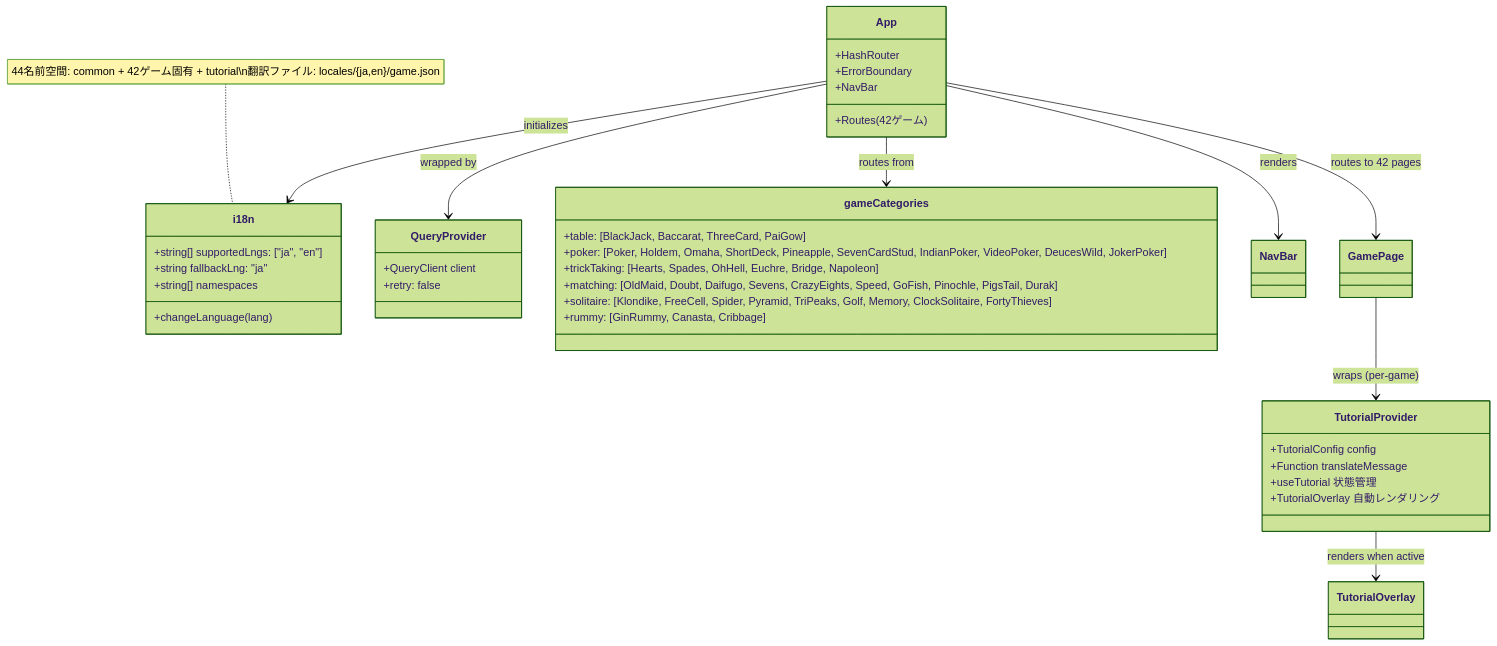
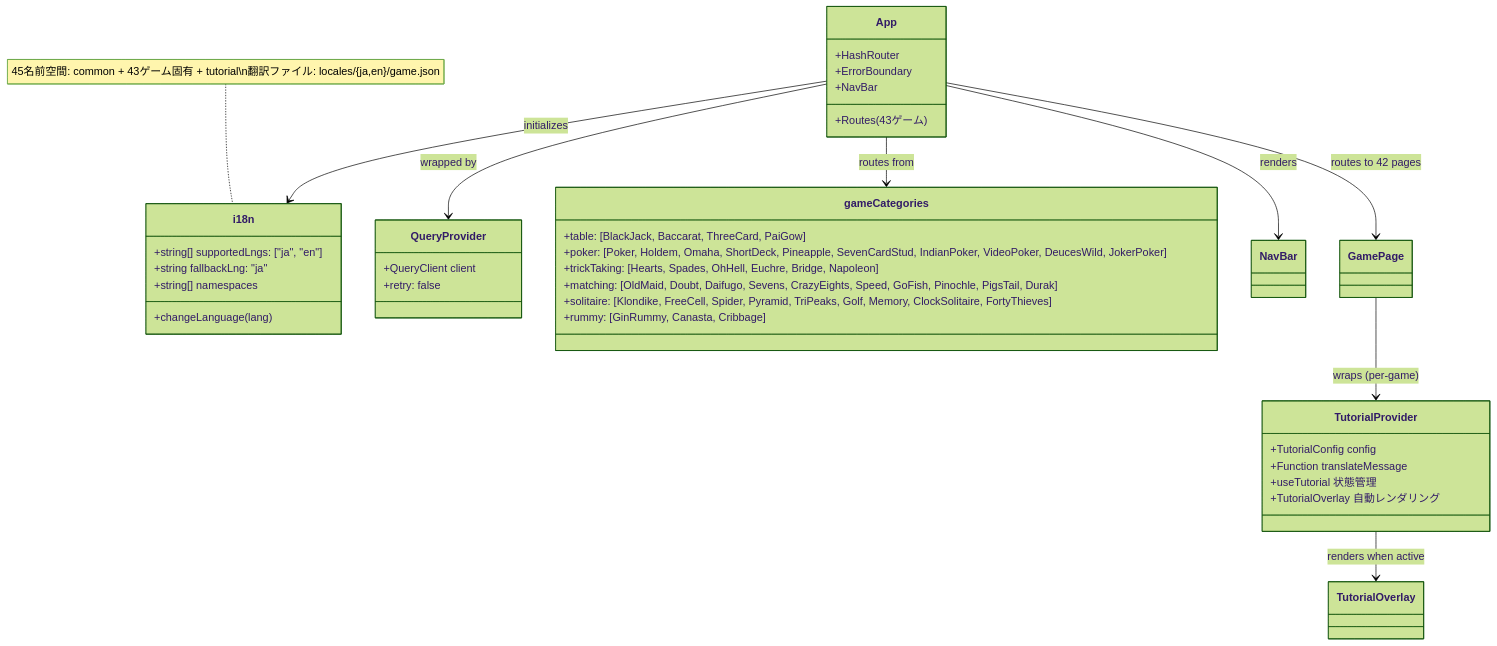
Before and after one commit to yuta-yoshinaga/go_trumpcards: the ninth of 34 diagrams in docs/design/frontend.md, drawn with Mermaid (forest theme). The commit also changed other lines of this file and 59 other files, not shown here.

````diff
--- a/docs/design/frontend.md
+++ b/docs/design/frontend.md
@@ -1621,47 +1621,47 @@
 ```mermaid
 classDiagram
     class i18n {
         +string[] supportedLngs: ["ja", "en"]
         +string fallbackLng: "ja"
         +string[] namespaces
         +changeLanguage(lang)
     }
 
     class QueryProvider {
         +QueryClient client
         +retry: false
     }
 
     class App {
         +HashRouter
         +ErrorBoundary
         +NavBar
-        +Routes (42ゲーム)
+        +Routes (43ゲーム)
     }
 
     class gameCategories {
         +table: [BlackJack, Baccarat, ThreeCard, PaiGow]
         +poker: [Poker, Holdem, Omaha, ShortDeck, Pineapple, SevenCardStud, IndianPoker, VideoPoker, DeucesWild, JokerPoker]
         +trickTaking: [Hearts, Spades, OhHell, Euchre, Bridge, Napoleon]
         +matching: [OldMaid, Doubt, Daifugo, Sevens, CrazyEights, Speed, GoFish, Pinochle, PigsTail, Durak]
         +solitaire: [Klondike, FreeCell, Spider, Pyramid, TriPeaks, Golf, Memory, ClockSolitaire, FortyThieves]
         +rummy: [GinRummy, Canasta, Cribbage]
     }
 
     class TutorialProvider {
         +TutorialConfig config
         +Function translateMessage
         +useTutorial 状態管理
         +TutorialOverlay 自動レンダリング
     }
 
     App --> QueryProvider : wrapped by
     App --> i18n : initializes
     App --> gameCategories : routes from
     App --> NavBar : renders
     App --> GamePage : routes to 42 pages
     GamePage --> TutorialProvider : wraps (per-game)
     TutorialProvider --> TutorialOverlay : renders when active
 
-    note for i18n "44名前空間: common + 42ゲーム固有 + tutorial\n翻訳ファイル: locales/{ja,en}/game.json"
+    note for i18n "45名前空間: common + 43ゲーム固有 + tutorial\n翻訳ファイル: locales/{ja,en}/game.json"
 ```
````
